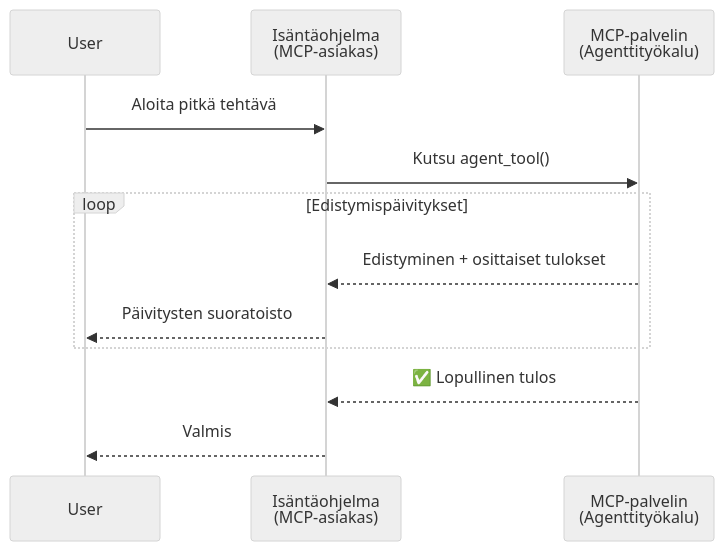
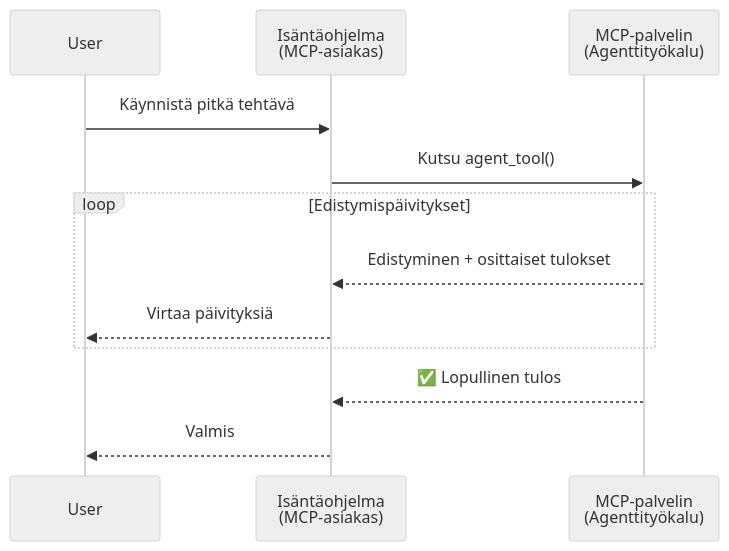
One commit to gabrielmoreira/agent-skills-mirror changed the first of 5 diagrams in mirrors/repos/microsoft@ai-agents-for-beginners/translations/fi/11-agentic-protocols/code_samples/mcp-agents/README.md. Above: the diagram before and after it, drawn with Mermaid (neutral theme). The commit also changed other lines of this file and 4262 other files, not shown here.

````diff
--- a/mirrors/repos/microsoft@ai-agents-for-beginners/translations/fi/11-agentic-protocols/code_samples/mcp-agents/README.md
+++ b/mirrors/repos/microsoft@ai-agents-for-beginners/translations/fi/11-agentic-protocols/code_samples/mcp-agents/README.md
@@ -46,17 +46,17 @@
 ```mermaid
 sequenceDiagram
     participant User
     participant Host as Isäntäohjelma<br/>(MCP-asiakas)
     participant Server as MCP-palvelin<br/>(Agenttityökalu)
 
-    User->>Host: Aloita pitkä tehtävä
+    User->>Host: Käynnistä pitkä tehtävä
     Host->>Server: Kutsu agent_tool()
 
     loop Edistymispäivitykset
         Server-->>Host: Edistyminen + osittaiset tulokset
-        Host-->>User: Päivitysten suoratoisto
+        Host-->>User: Virtaa päivityksiä
     end
 
     Server-->>Host: ✅ Lopullinen tulos
     Host-->>User: Valmis
 ```
````
